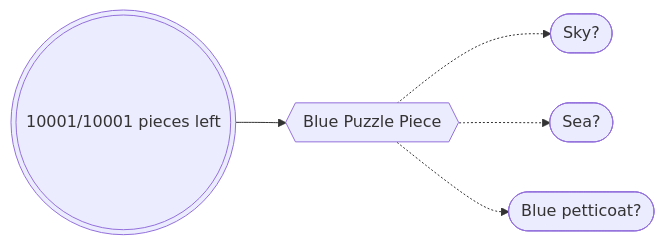
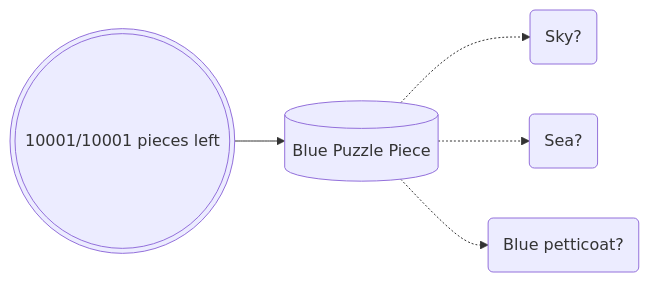
One commit to 198thread/lineup changed the first of 4 diagrams in README.md. Above: the diagram before and after it, drawn with Mermaid. The commit also changed other lines of this file, not shown here.

````diff
--- a/README.md
+++ b/README.md
@@ -12,7 +13,7 @@
 ```mermaid
 graph LR;
-    A(((10001/10001 pieces left))) --> B{{Blue Puzzle Piece}}
-    B -.-> C([Sky?])
-    B -.-> D([Sea?])
-    B -.-> E([Blue petticoat?])
+    A(((10001/10001 pieces left))) --> B[(Blue Puzzle Piece)]
+    B -.-> C(Sky?)
+    B -.-> D(Sea?)
+    B -.-> E(Blue petticoat?)
 ```
````
